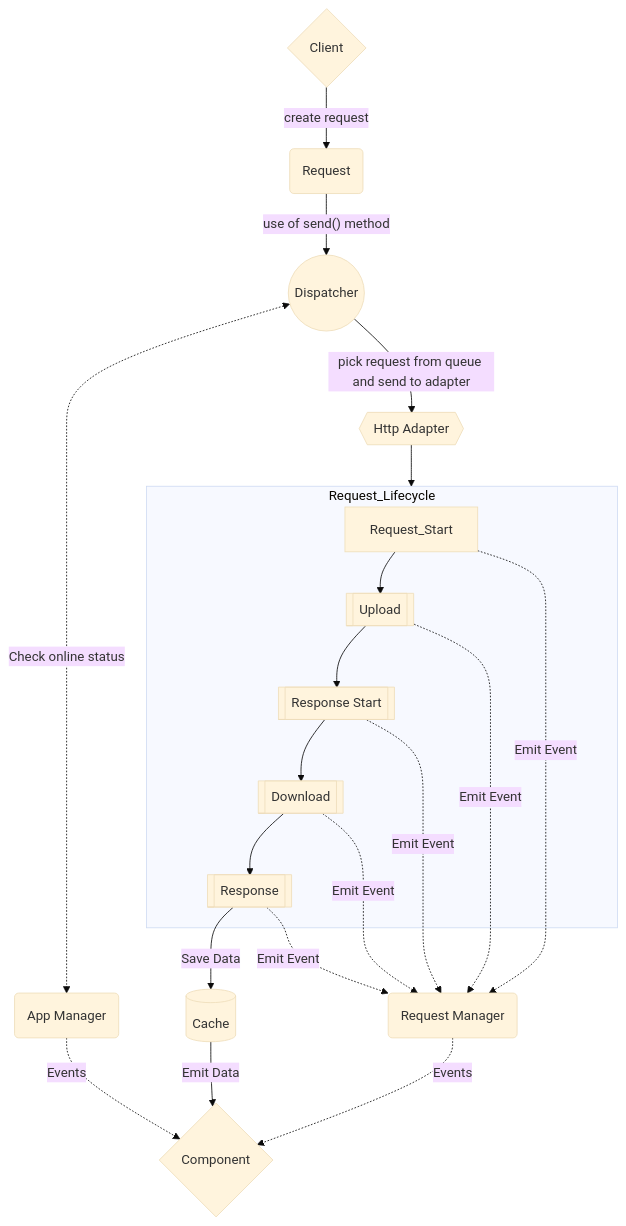
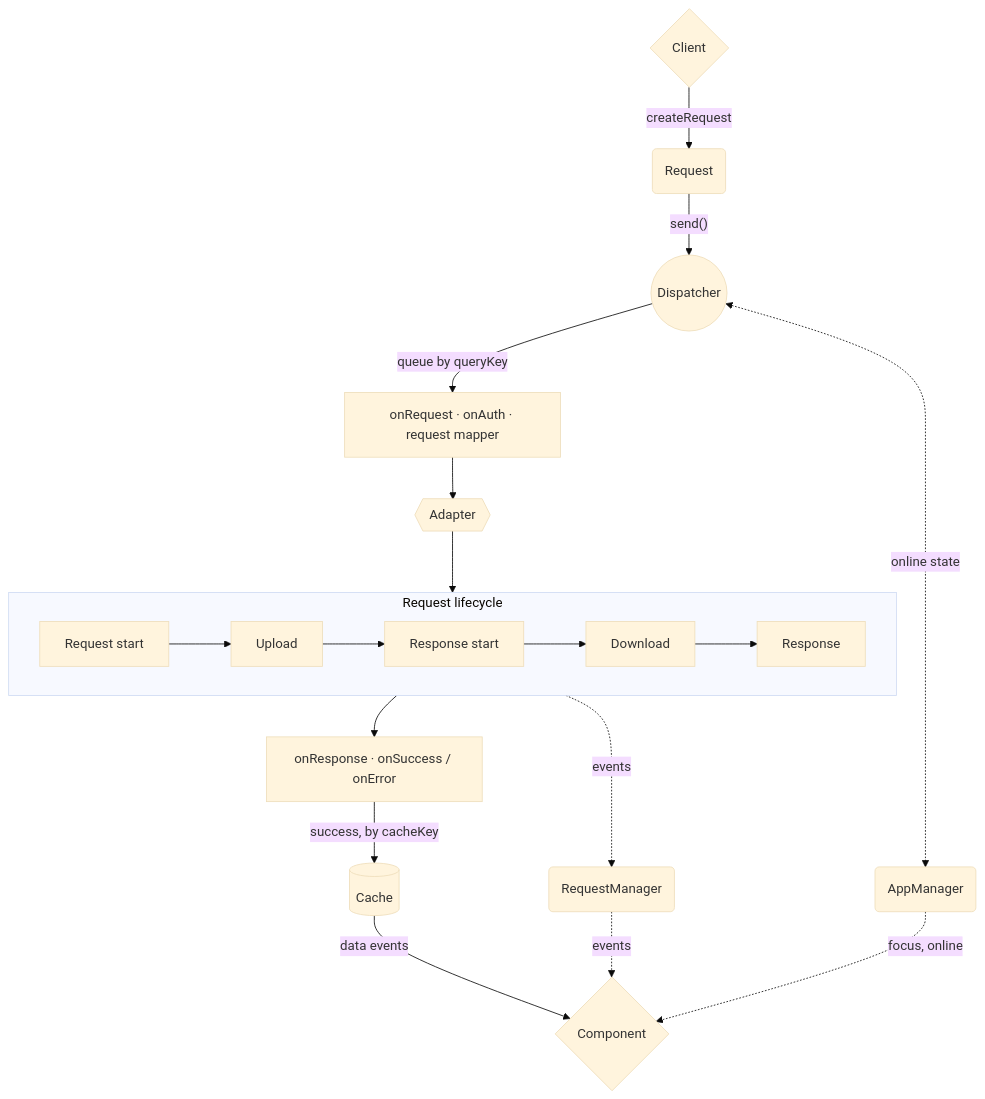
One commit to BetterTyped/hyper-fetch changed the first of 3 diagrams in documentation/docs/core/data-flow.mdx. Above: the diagram before and after it, drawn with Mermaid (base theme). The commit also changed other lines of this file and 211 other files, not shown here.

````diff
--- a/documentation/docs/core/data-flow.mdx
+++ b/documentation/docs/core/data-flow.mdx
@@ -12,38 +11,19 @@
 ```mermaid
-flowchart TD;
-    subgraph Request_Lifecycle
-      Request_Start
-      Upload
-      Response_Start
-      Download
-      Response
+flowchart TD
+    Client{Client} -- createRequest --> Request(Request)
+    Request -- "send()" --> Dispatcher((Dispatcher))
+    Dispatcher <-. online state .-> AppManager(AppManager)
+    Dispatcher -- "queue by queryKey" --> Interceptors["onRequest · onAuth · request mapper"]
+    Interceptors --> Adapter{{Adapter}}
+    Adapter --> Lifecycle
+    subgraph Lifecycle [Request lifecycle]
+      direction LR
+      Start[Request start] --> Upload[Upload] --> ResponseStart[Response start] --> Download[Download] --> Response[Response]
     end
-
-    App_Manager(App Manager);
-    Request_Manager(Request Manager);
-    Request(Request);
-    Dispatcher((Dispatcher))
-    Adapter{{Http Adapter}}
-    Client{Client}
-
-    Client -- create request --> Request
-    Request -- "use of send() method" --> Dispatcher
-    Dispatcher <-. Check online status .-> App_Manager
-    Dispatcher -- pick request from queue and send to adapter --> Adapter
-    Adapter --> Request_Lifecycle
-    Request_Start --> Upload[[Upload]]
-    Upload --> Response_Start[[Response Start]]
-    Response_Start --> Download[[Download]]
-    Download --> Response[[Response]]
-    Response -- Save Data --> Cache[(Cache)]
-    Cache -- Emit Data --> Component{Component}
-
-    Request_Start -. Emit Event .-> Request_Manager
-    Upload -. Emit Event .-> Request_Manager
-    Response_Start -. Emit Event .-> Request_Manager
-    Download -. Emit Event .-> Request_Manager
-    Response -. Emit Event .-> Request_Manager
-
-    Request_Manager -. Events .-> Component
-    App_Manager -. Events .-> Component
+    Response --> ResponseInterceptors["onResponse · onSuccess / onError"]
+    ResponseInterceptors -- "success, by cacheKey" --> Cache[(Cache)]
+    Cache -- data events --> Component{Component}
+    Lifecycle -. events .-> RequestManager(RequestManager)
+    RequestManager -. events .-> Component
+    AppManager -. focus, online .-> Component
 ```
````
